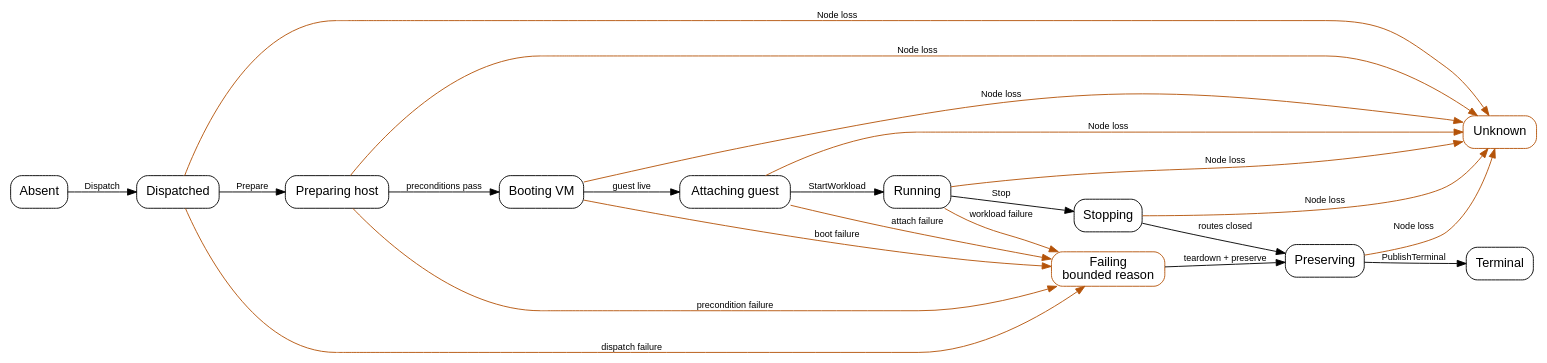
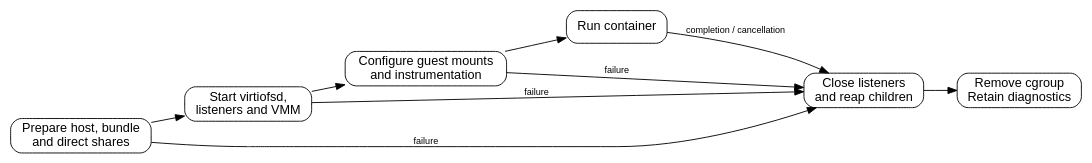
The diagram in docs/architecture/diagrams/sandbox-lifecycle.dot (richiejp/vmjail), drawn with Graphviz before and after one commit. The commit also changed 344 other files, not shown here.

```diff
--- a/docs/architecture/diagrams/sandbox-lifecycle.dot
+++ b/docs/architecture/diagrams/sandbox-lifecycle.dot
@@ -1,37 +1,19 @@
 digraph sandbox_lifecycle {
   graph [fontname="sans-serif", rankdir=LR];
   node [fontname="sans-serif", shape=box, style="rounded"];
   edge [fontname="sans-serif", fontsize=10];
-  absent [label="Absent"];
-  dispatched [label="Dispatched"];
-  preparing [label="Preparing host"];
-  booting [label="Booting VM"];
-  attaching [label="Attaching guest"];
-  running [label="Running"];
-  stopping [label="Stopping"];
-  preserving [label="Preserving"];
-  failing [label="Failing\nbounded reason", color="#b45309"];
-  terminal [label="Terminal"];
-  unknown [label="Unknown", color="#b45309"];
-  absent -> dispatched [label="Dispatch"];
-  dispatched -> preparing [label="Prepare"];
-  preparing -> booting [label="preconditions pass"];
-  booting -> attaching [label="guest live"];
-  attaching -> running [label="StartWorkload"];
-  running -> stopping [label="Stop"];
-  stopping -> preserving [label="routes closed"];
-  preserving -> terminal [label="PublishTerminal"];
-  dispatched -> failing [label="dispatch failure", color="#b45309"];
-  preparing -> failing [label="precondition failure", color="#b45309"];
-  booting -> failing [label="boot failure", color="#b45309"];
-  attaching -> failing [label="attach failure", color="#b45309"];
-  running -> failing [label="workload failure", color="#b45309"];
-  failing -> preserving [label="teardown + preserve"];
-  dispatched -> unknown [label="Node loss", color="#b45309"];
-  preparing -> unknown [label="Node loss", color="#b45309"];
-  booting -> unknown [label="Node loss", color="#b45309"];
-  attaching -> unknown [label="Node loss", color="#b45309"];
-  running -> unknown [label="Node loss", color="#b45309"];
-  stopping -> unknown [label="Node loss", color="#b45309"];
-  preserving -> unknown [label="Node loss", color="#b45309"];
+  prepare [label="Prepare host, bundle\nand direct shares"];
+  start [label="Start virtiofsd,\nlisteners and VMM"];
+  guest [label="Configure guest mounts\nand instrumentation"];
+  workload [label="Run container"];
+  cleanup [label="Close listeners\nand reap children"];
+  stopped [label="Remove cgroup\nRetain diagnostics"];
+  prepare -> start;
+  start -> guest;
+  guest -> workload;
+  workload -> cleanup [label="completion / cancellation"];
+  prepare -> cleanup [label="failure"];
+  start -> cleanup [label="failure"];
+  guest -> cleanup [label="failure"];
+  cleanup -> stopped;
 }
```
